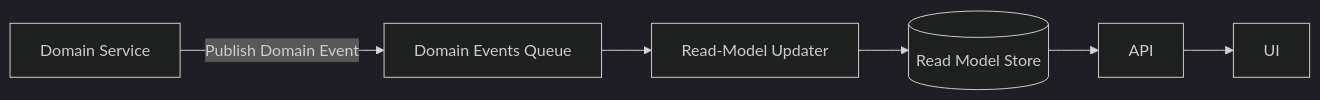
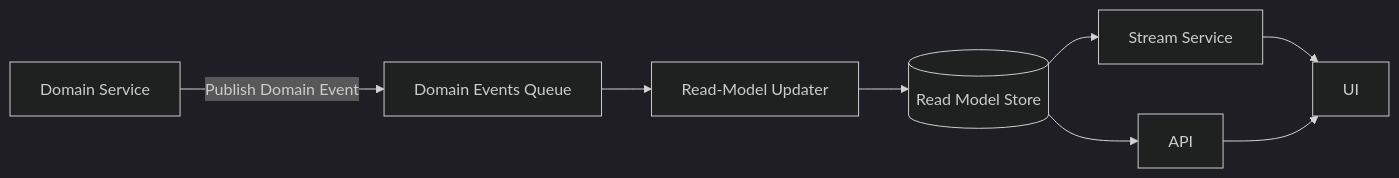
Before and after one commit to MisterVVP/prism-plan: the second of 2 diagrams in docs/event_flow.md, drawn with Mermaid (dark theme). The commit also changed 17 other files, not shown here.

Commit message:
feat: add stream service and improve logging

````diff
--- a/docs/event_flow.md
+++ b/docs/event_flow.md
@@ -24,8 +24,10 @@
 ```mermaid
 flowchart LR
     DS[Domain Service] -->|Publish Domain Event| DEQ[Domain Events Queue]
     DEQ --> RMU[Read-Model Updater]
     RMU --> RM[(Read Model Store)]
     RM --> API
+    RM --> SS[Stream Service]
+    SS --> UI
     API --> UI
 ```
````
